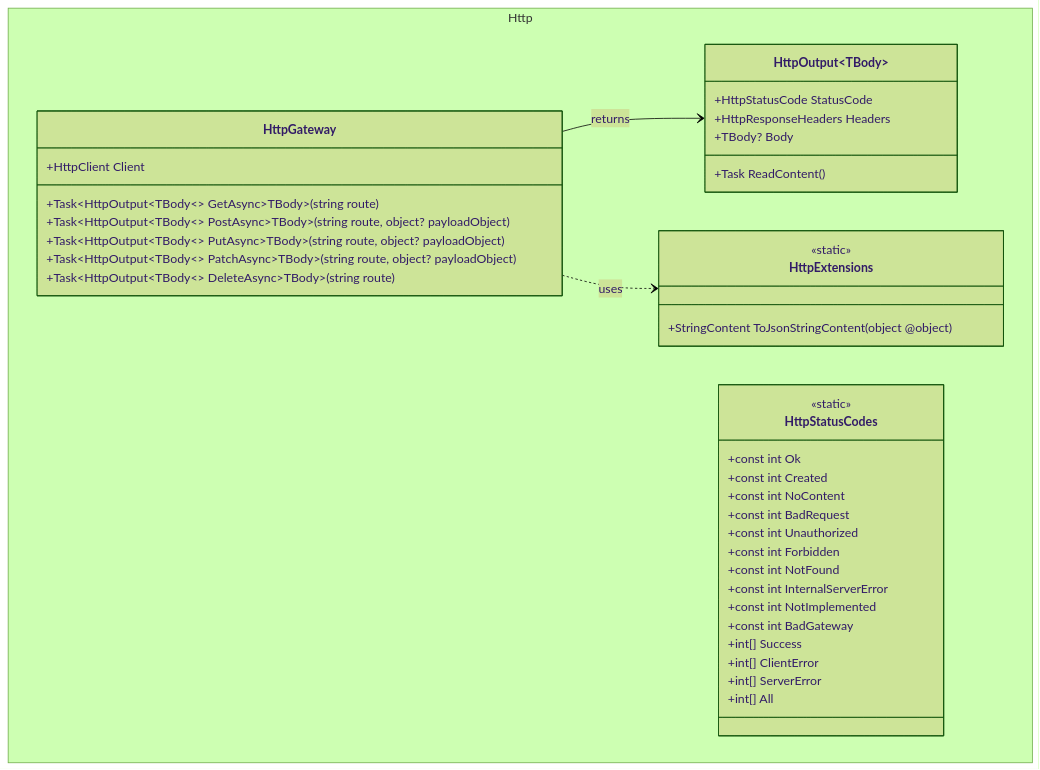
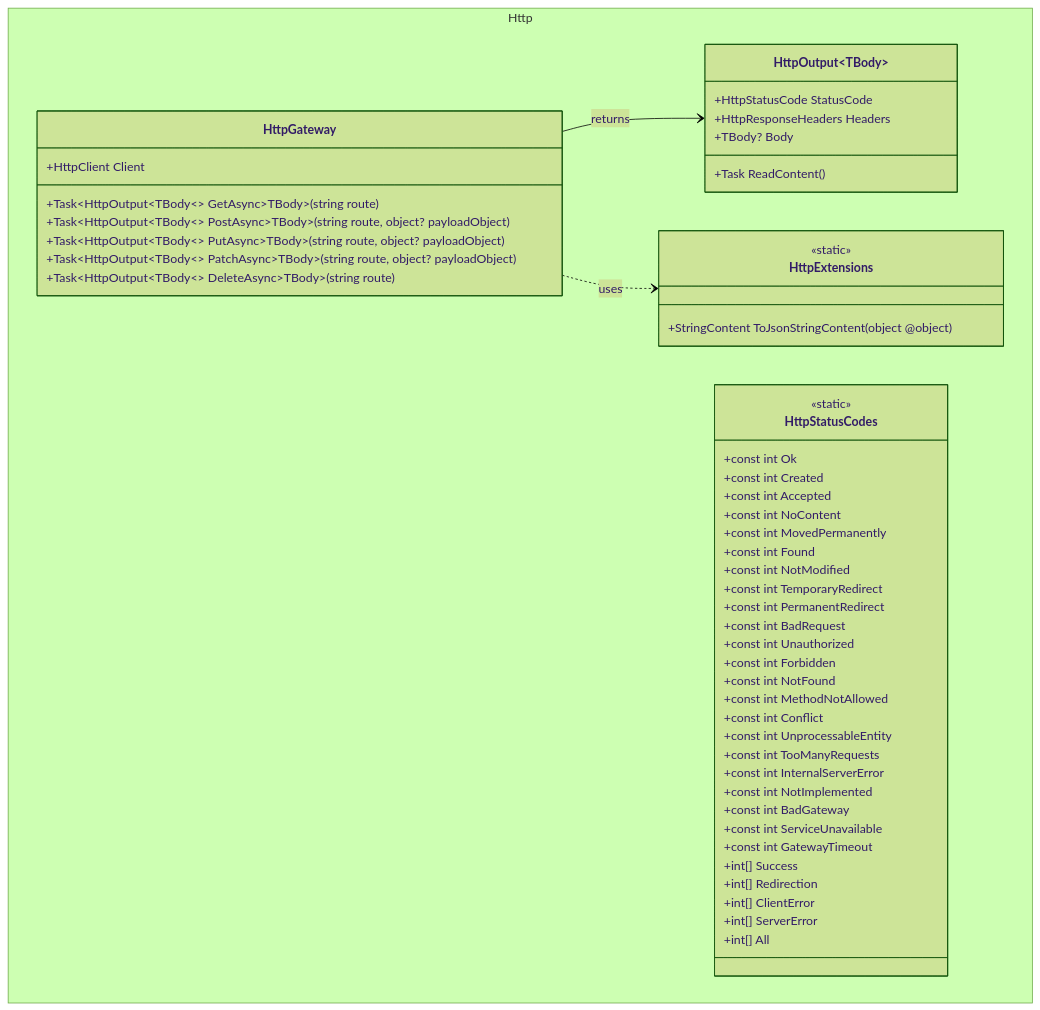
One commit to artur-rios/dotnet-util changed the diagram in docs/content/http.md. Above: the diagram before and after it, drawn with Mermaid (forest theme). The commit also changed other lines of this file and 3 other files, not shown here.

````diff
--- a/docs/content/http.md
+++ b/docs/content/http.md
@@ -19,42 +19,55 @@
 ```mermaid
 classDiagram
     namespace Http {
         class HttpGateway {
             +HttpClient Client
             +Task~HttpOutput~TBody~~ GetAsync~TBody~(string route)
             +Task~HttpOutput~TBody~~ PostAsync~TBody~(string route, object? payloadObject)
             +Task~HttpOutput~TBody~~ PutAsync~TBody~(string route, object? payloadObject)
             +Task~HttpOutput~TBody~~ PatchAsync~TBody~(string route, object? payloadObject)
             +Task~HttpOutput~TBody~~ DeleteAsync~TBody~(string route)
         }
         class HttpOutput~TBody~ {
             +HttpStatusCode StatusCode
             +HttpResponseHeaders Headers
             +TBody? Body
             +Task ReadContent()
         }
         class HttpExtensions {
             <<static>>
             +StringContent ToJsonStringContent(object @object)
         }
         class HttpStatusCodes {
             <<static>>
             +const int Ok
             +const int Created
+            +const int Accepted
             +const int NoContent
+            +const int MovedPermanently
+            +const int Found
+            +const int NotModified
+            +const int TemporaryRedirect
+            +const int PermanentRedirect
             +const int BadRequest
             +const int Unauthorized
             +const int Forbidden
             +const int NotFound
+            +const int MethodNotAllowed
+            +const int Conflict
+            +const int UnprocessableEntity
+            +const int TooManyRequests
             +const int InternalServerError
             +const int NotImplemented
             +const int BadGateway
+            +const int ServiceUnavailable
+            +const int GatewayTimeout
             +int[] Success
+            +int[] Redirection
             +int[] ClientError
             +int[] ServerError
             +int[] All
         }
     }
     HttpGateway --> HttpOutput : returns
     HttpGateway ..> HttpExtensions : uses
 ```
````
